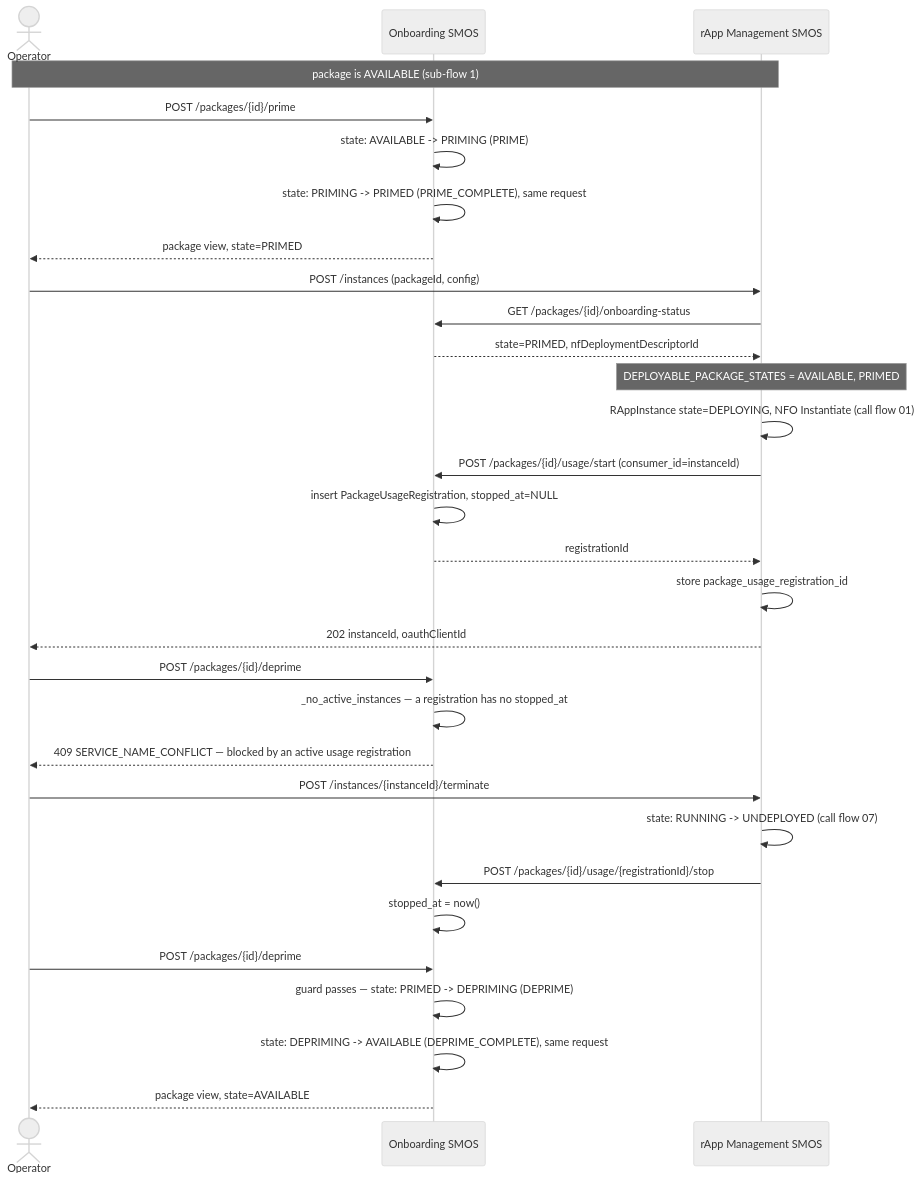
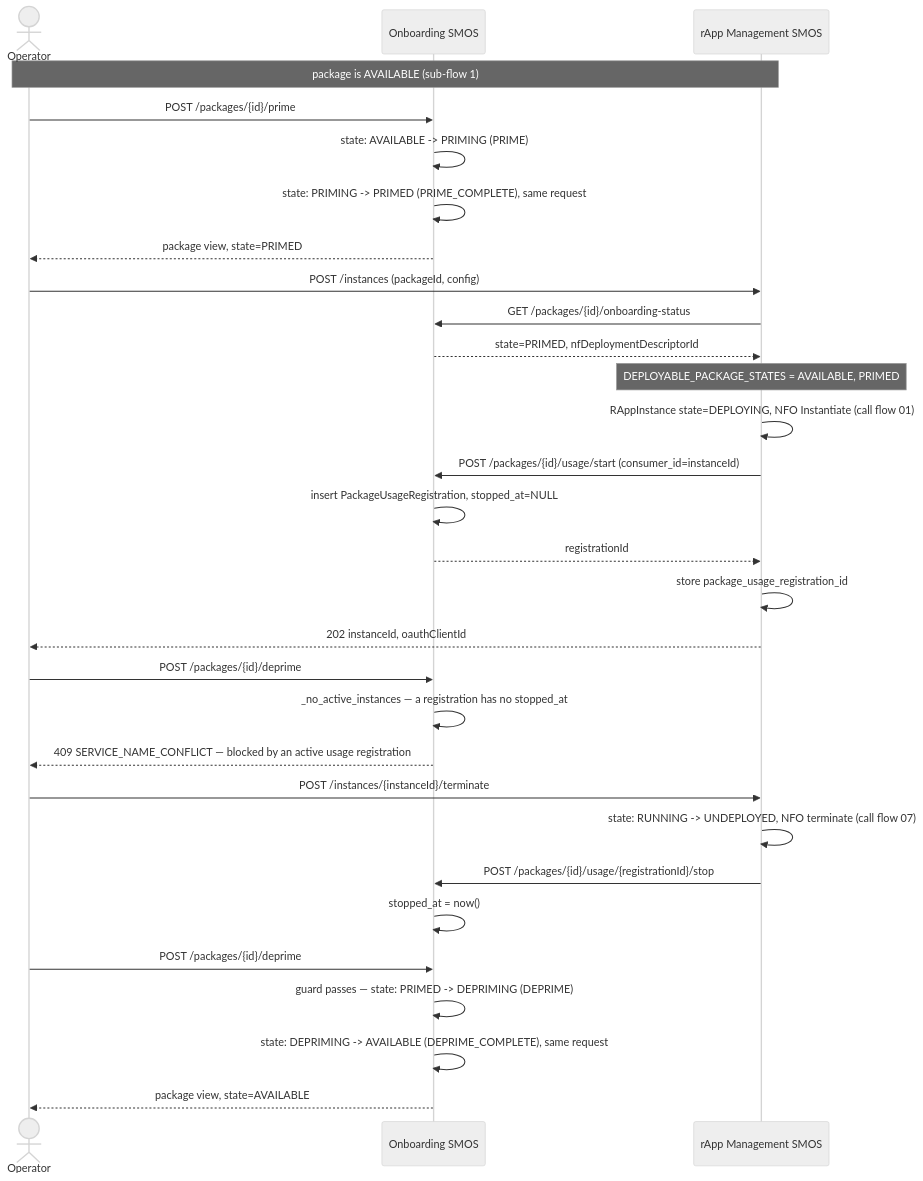
One commit to rsys-bshankar/ai-ran-ref changed the second of 3 diagrams in smo/docs/call-flows/06-package-lifecycle.md. Above: the diagram before and after it, drawn with Mermaid (neutral theme). The commit also changed other lines of this file and 46 other files, not shown here.

````diff
--- a/smo/docs/call-flows/06-package-lifecycle.md
+++ b/smo/docs/call-flows/06-package-lifecycle.md
@@ -82,37 +92,37 @@
 ```mermaid
 sequenceDiagram
     actor Operator
     participant Onb as Onboarding SMOS
     participant Rapp as rApp Management SMOS
 
     Note over Operator,Rapp: package is AVAILABLE (sub-flow 1)
     Operator->>Onb: POST /packages/{id}/prime
     Onb->>Onb: state: AVAILABLE -> PRIMING (PRIME)
     Onb->>Onb: state: PRIMING -> PRIMED (PRIME_COMPLETE), same request
     Onb-->>Operator: package view, state=PRIMED
 
     Operator->>Rapp: POST /instances (packageId, config)
     Rapp->>Onb: GET /packages/{id}/onboarding-status
     Onb-->>Rapp: state=PRIMED, nfDeploymentDescriptorId
     Note over Rapp: DEPLOYABLE_PACKAGE_STATES = AVAILABLE, PRIMED
     Rapp->>Rapp: RAppInstance state=DEPLOYING, NFO Instantiate (call flow 01)
     Rapp->>Onb: POST /packages/{id}/usage/start (consumer_id=instanceId)
     Onb->>Onb: insert PackageUsageRegistration, stopped_at=NULL
     Onb-->>Rapp: registrationId
     Rapp->>Rapp: store package_usage_registration_id
     Rapp-->>Operator: 202 instanceId, oauthClientId
 
     Operator->>Onb: POST /packages/{id}/deprime
     Onb->>Onb: _no_active_instances — a registration has no stopped_at
     Onb-->>Operator: 409 SERVICE_NAME_CONFLICT — blocked by an active usage registration
 
     Operator->>Rapp: POST /instances/{instanceId}/terminate
-    Rapp->>Rapp: state: RUNNING -> UNDEPLOYED (call flow 07)
+    Rapp->>Rapp: state: RUNNING -> UNDEPLOYED, NFO terminate (call flow 07)
     Rapp->>Onb: POST /packages/{id}/usage/{registrationId}/stop
     Onb->>Onb: stopped_at = now()
 
     Operator->>Onb: POST /packages/{id}/deprime
     Onb->>Onb: guard passes — state: PRIMED -> DEPRIMING (DEPRIME)
     Onb->>Onb: state: DEPRIMING -> AVAILABLE (DEPRIME_COMPLETE), same request
     Onb-->>Operator: package view, state=AVAILABLE
 ```
````
